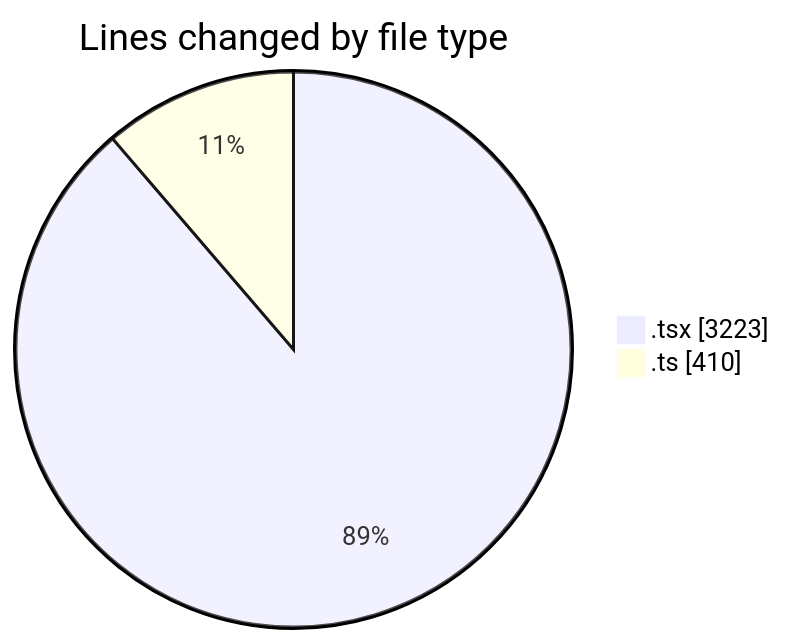
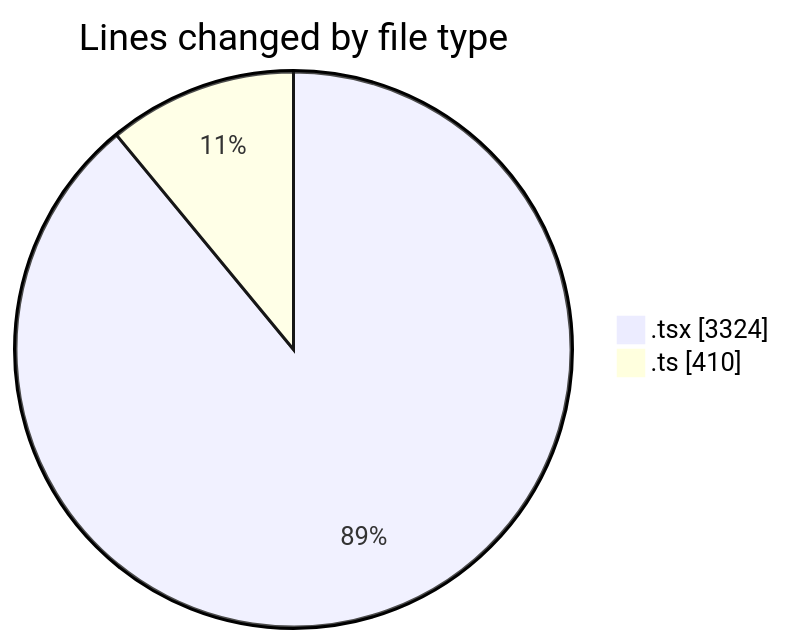
Before and after one commit to robertbonfada/code-tracking: the first of 2 diagrams in 2025-03-07/mbc-web/README.md, drawn with Mermaid. The commit also changed other lines of this file and 1 other file, not shown here.

````diff
--- a/2025-03-07/mbc-web/README.md
+++ b/2025-03-07/mbc-web/README.md
@@ -31,6 +31,6 @@
 ```mermaid
 pie showData
 title Lines changed by file type
-".tsx" : 3223
+".tsx" : 3324
 ".ts" : 410
 ```
````
